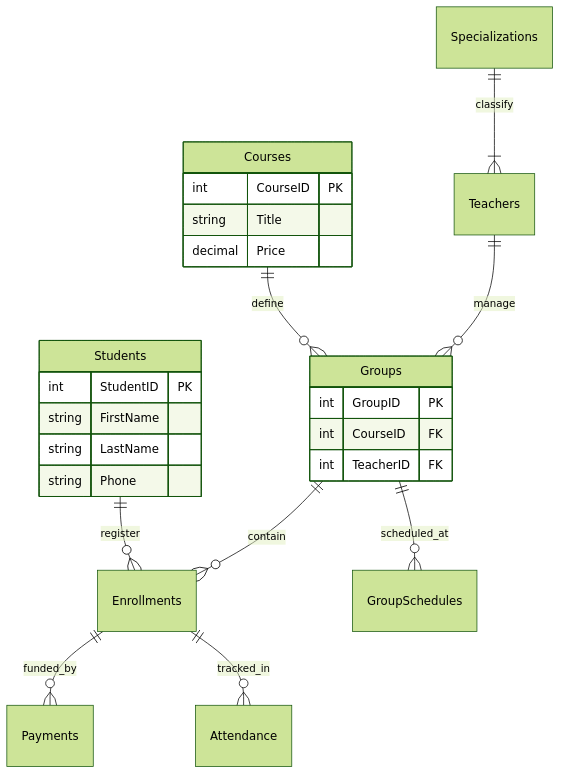
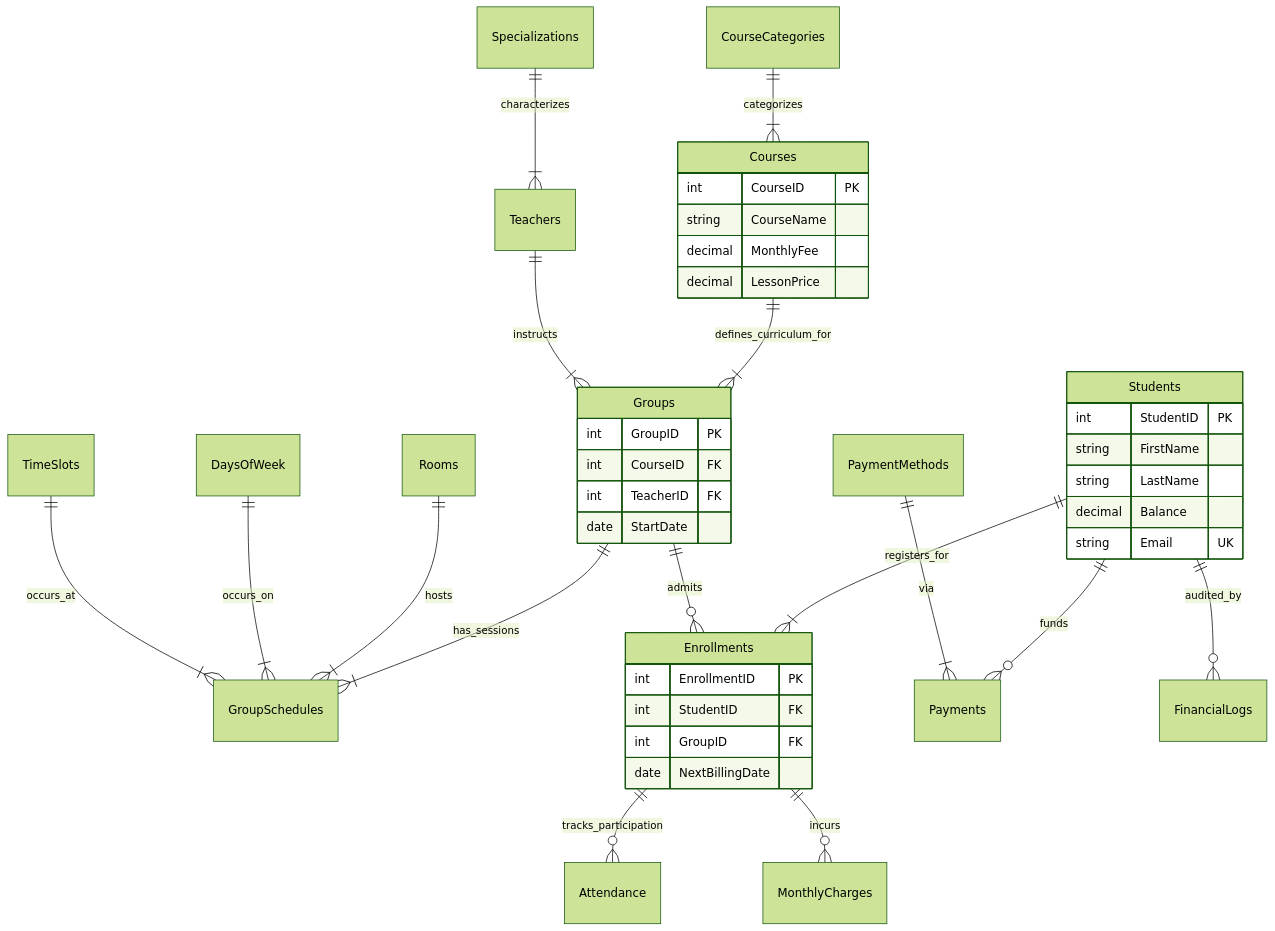
The diagram in docs/ERD-and-Normalization.md (dilmurod2006/Education-Center-Database-System), drawn with Mermaid (forest theme) before and after one commit. The commit also changed other lines of this file, not shown here.

````diff
--- a/docs/ERD-and-Normalization.md
+++ b/docs/ERD-and-Normalization.md
@@ -37,28 +28,53 @@
 ```mermaid
 erDiagram
-    Students ||--o{ Enrollments : "register"
-    Groups ||--o{ Enrollments : "contain"
-    Courses ||--o{ Groups : "define"
-    Teachers ||--o{ Groups : "manage"
-    Specializations ||--|{ Teachers : "classify"
-    Groups ||--o{ GroupSchedules : "scheduled_at"
-    Enrollments ||--o{ Payments : "funded_by"
-    Enrollments ||--o{ Attendance : "tracked_in"
+    %% Core Entities
+    CourseCategories ||--|{ Courses : "categorizes"
+    Specializations ||--|{ Teachers : "characterizes"
 
+    Courses ||--|{ Groups : "defines_curriculum_for"
+    Teachers ||--|{ Groups : "instructs"
+
+    %% Scheduling
+    Groups ||--|{ GroupSchedules : "has_sessions"
+    Rooms ||--|{ GroupSchedules : "hosts"
+    DaysOfWeek ||--|{ GroupSchedules : "occurs_on"
+    TimeSlots ||--|{ GroupSchedules : "occurs_at"
+
+    %% Student Operations
+    Students ||--|{ Enrollments : "registers_for"
+    Groups ||--o{ Enrollments : "admits"
+
+    %% Finance & Attendance
+    Enrollments ||--o{ Attendance : "tracks_participation"
+    Enrollments ||--o{ MonthlyCharges : "incurs"
+    Students ||--o{ Payments : "funds"
+    Students ||--o{ FinancialLogs : "audited_by"
+    PaymentMethods ||--|{ Payments : "via"
+
+    %% Entity Details
     Students {
         int StudentID PK
         string FirstName
         string LastName
-        string Phone
+        decimal Balance
+        string Email UK
     }
     Courses {
         int CourseID PK
-        string Title
-        decimal Price
+        string CourseName
+        decimal MonthlyFee
+        decimal LessonPrice
     }
     Groups {
         int GroupID PK
         int CourseID FK
         int TeacherID FK
+        date StartDate
+    }
+    Enrollments {
+        int EnrollmentID PK
+        int StudentID FK
+        int GroupID FK
+        date NextBillingDate
     }
 ```
````
